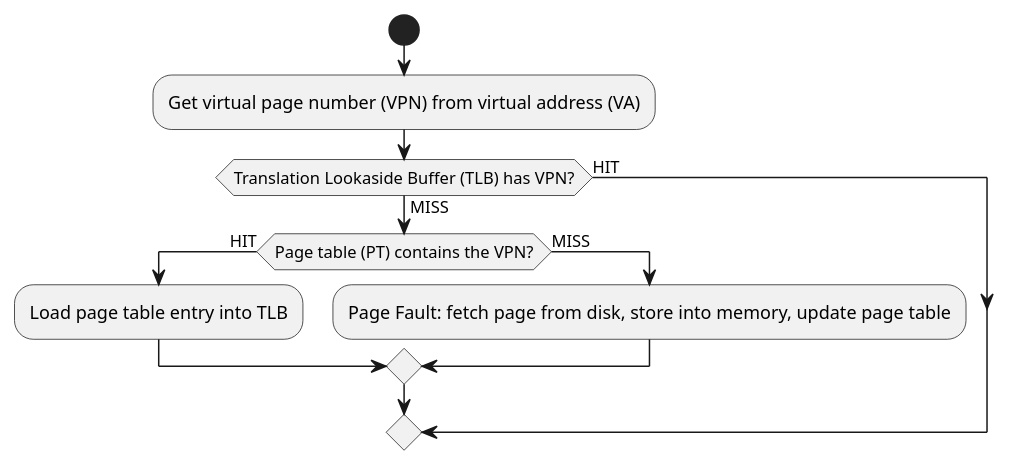
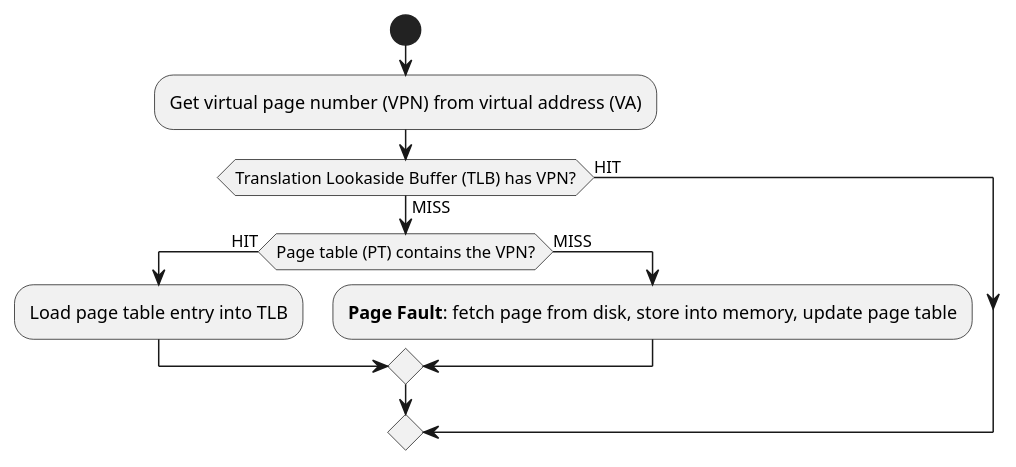
One commit to ashwinreddy/wiki changed the second of 2 diagrams in Computer-Science/Translation lookaside buffer.md. Above: the diagram before and after it, drawn with PlantUML.

Commit message:
Updated Translation lookaside buffer.md (markdown)

```diff
--- a/Computer-Science/Translation lookaside buffer.md
+++ b/Computer-Science/Translation lookaside buffer.md
@@ -24,12 +24,12 @@
 @startuml
 start
 :Get virtual page number (VPN) from virtual address (VA);
 if (Translation Lookaside Buffer (TLB) has VPN?) then (HIT)
 else (MISS)
     if (Page table (PT) contains the VPN?) then (HIT)
     :Load page table entry into TLB;
     else (MISS)
-    :Page Fault: fetch page from disk, store into memory, update page table;
+    :**Page Fault**: fetch page from disk, store into memory, update page table;
     endif
 endif
 @enduml
```
